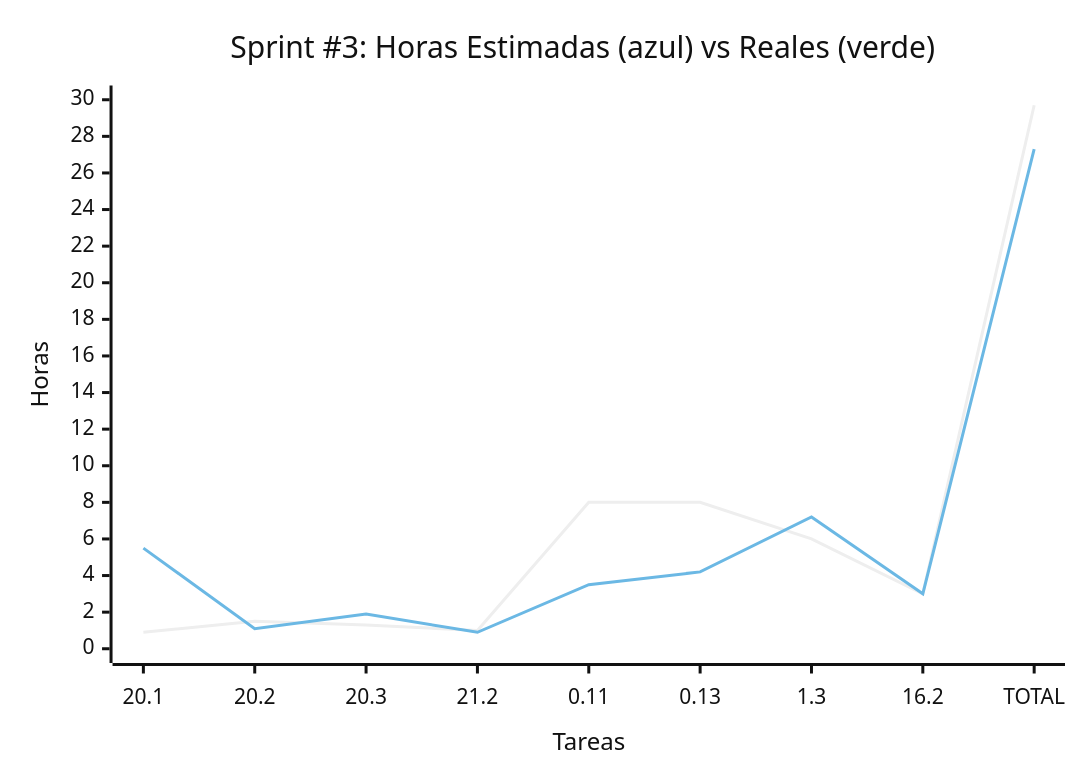
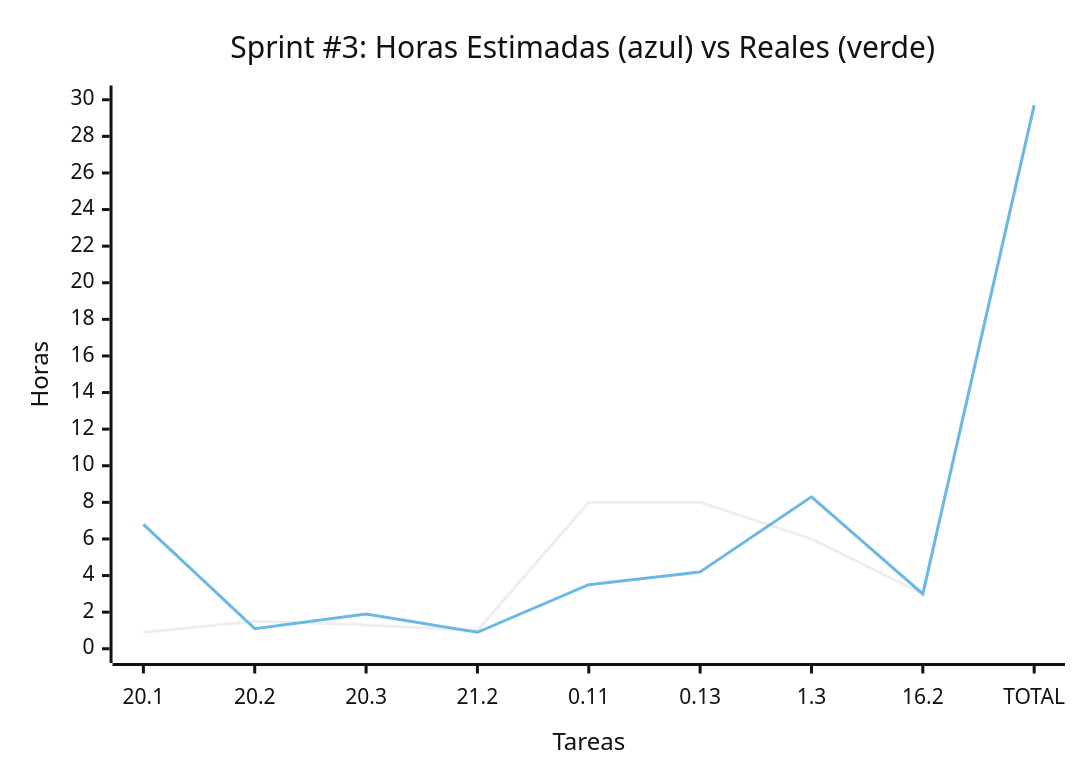
Before and after one commit to MarkMed/FleetMan: the third of 4 diagrams in docs/SprintsPlanning.md, drawn with Mermaid (neutral theme). The commit also changed other lines of this file, not shown here.

````diff
--- a/docs/SprintsPlanning.md
+++ b/docs/SprintsPlanning.md
@@ -141,12 +141,12 @@
 ```mermaid
 xychart-beta
     title "Sprint #3: Horas Estimadas #40;azul#41; vs Reales #40;verde#41;"
     x-axis "Tareas" ["20.1", "20.2", "20.3", "21.2", "0.11", "0.13", "1.3", "16.2", "TOTAL"]
     y-axis "Horas" 0 --> 30
 	
 	%% Green line
     line [0.9, 1.5, 1.3, 1, 8, 8, 6, 3, 29.7]
 
 	%% Black line
-    line [5.5, 1.1, 1.9, 0.9, 3.5, 4.2, 7.2, 3, 27.3]
+    line [6.8, 1.1, 1.9, 0.9, 3.5, 4.2, 8.3, 3, 29.7]
 ```
````
